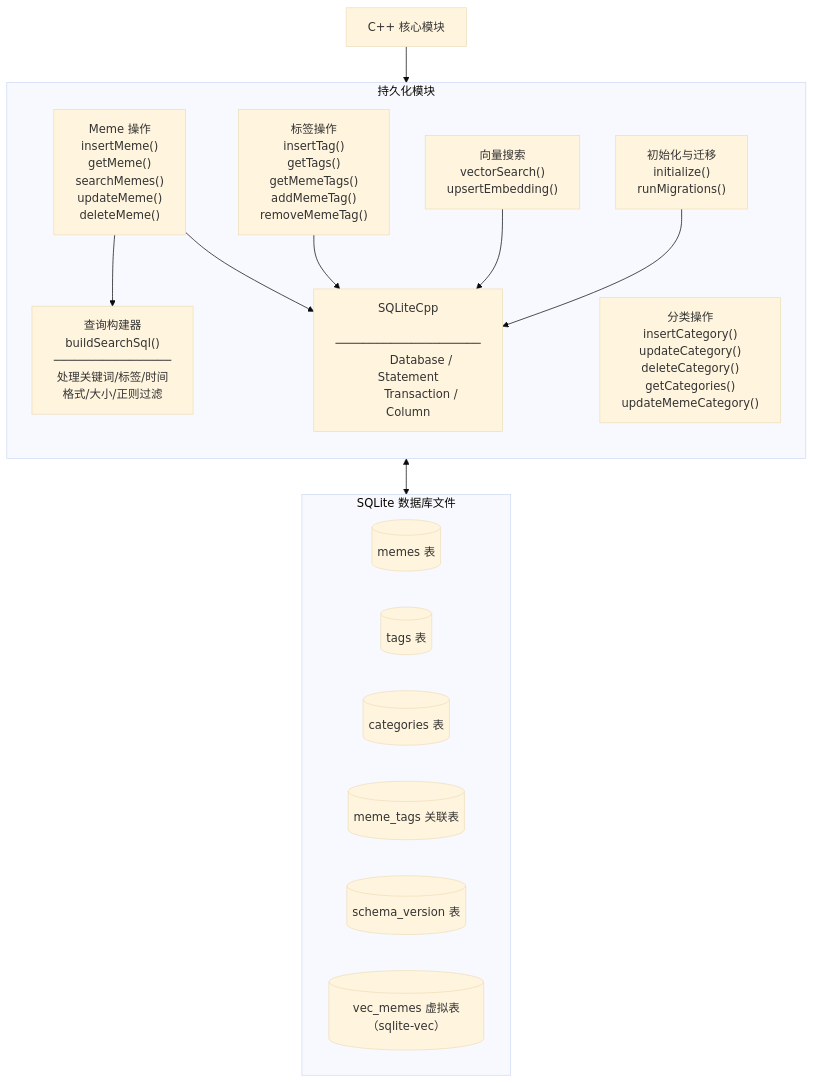
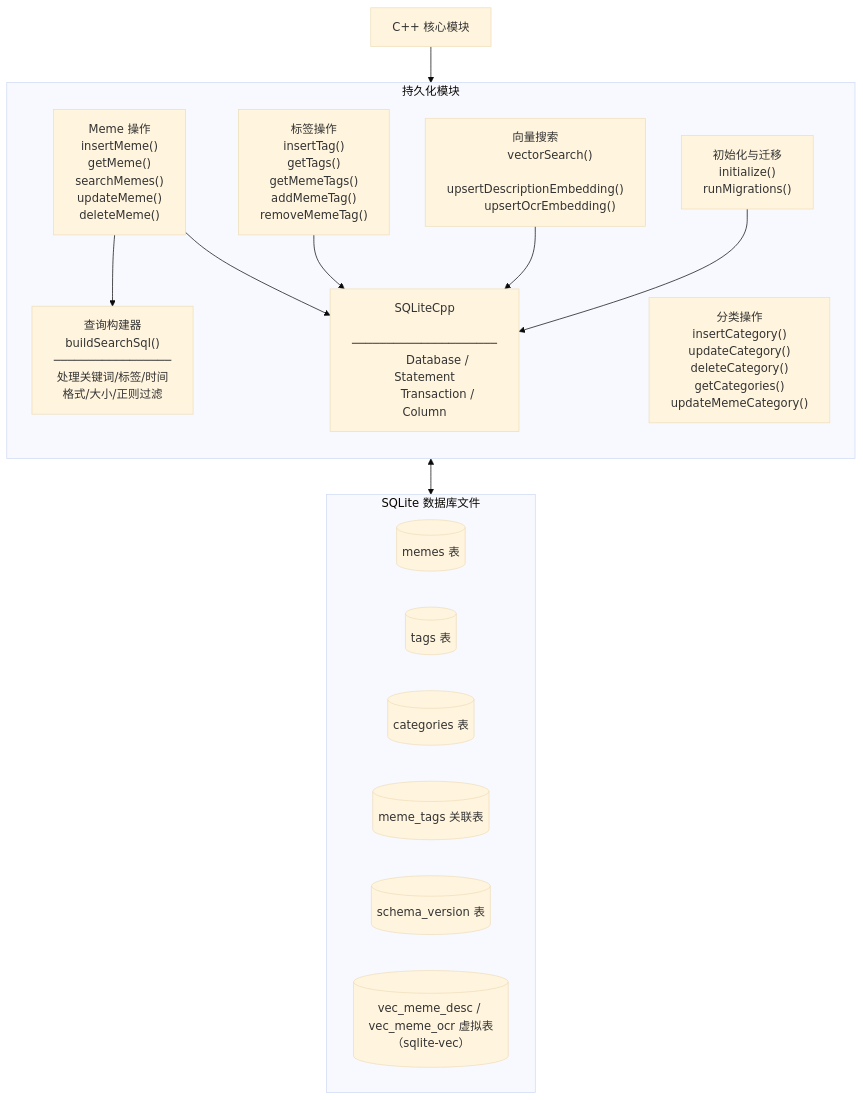
Before and after one commit to MintITes/QuickMemes: the first of 3 diagrams in docs/03-Modules/persistence.md, drawn with Mermaid (base theme). The commit also changed other lines of this file and 7 other files, not shown here.

````diff
--- a/docs/03-Modules/persistence.md
+++ b/docs/03-Modules/persistence.md
@@ -38,66 +38,67 @@
 ```mermaid
 graph TD
     CORE["C++ 核心模块"]
 
     subgraph PERSISTENCE ["持久化模块"]
         direction TB
 
         INIT["初始化与迁移
         initialize()
         runMigrations()"]
 
         MEME_OPS["Meme 操作
         insertMeme()
         getMeme()
         searchMemes()
         updateMeme()
         deleteMeme()"]
 
         TAG_OPS["标签操作
         insertTag()
         getTags()
         getMemeTags()
         addMemeTag()
         removeMemeTag()"]
 
         CAT_OPS["分类操作
         insertCategory()
         updateCategory()
         deleteCategory()
         getCategories()
         updateMemeCategory()"]
 
         VEC_SEARCH["向量搜索
         vectorSearch()
-        upsertEmbedding()"]
+        upsertDescriptionEmbedding()
+        upsertOcrEmbedding()"]
 
         QUERY_BUILDER["查询构建器
         buildSearchSql()
         ─────────────────
         处理关键词/标签/时间
         格式/大小/正则过滤"]
 
         SQLITE_CPP["SQLiteCpp
         ─────────────────────
         Database / Statement
         Transaction / Column"]
 
         MEME_OPS --> QUERY_BUILDER
         MEME_OPS --> SQLITE_CPP
         TAG_OPS --> SQLITE_CPP
         VEC_SEARCH --> SQLITE_CPP
         INIT --> SQLITE_CPP
     end
 
     subgraph DB_FILE ["SQLite 数据库文件"]
         MEME_TABLE[("memes 表")]
         TAG_TABLE[("tags 表")]
         CAT_TABLE[("categories 表")]
         MEME_TAG_TABLE[("meme_tags 关联表")]
         SCHEMA_TABLE[("schema_version 表")]
-        VEC_TABLE[("vec_memes 虚拟表（sqlite-vec）")]
+        VEC_TABLE[("vec_meme_desc / vec_meme_ocr 虚拟表（sqlite-vec）")]
     end
 
     CORE --> PERSISTENCE
     SQLITE_CPP <--> DB_FILE
 ```
````
